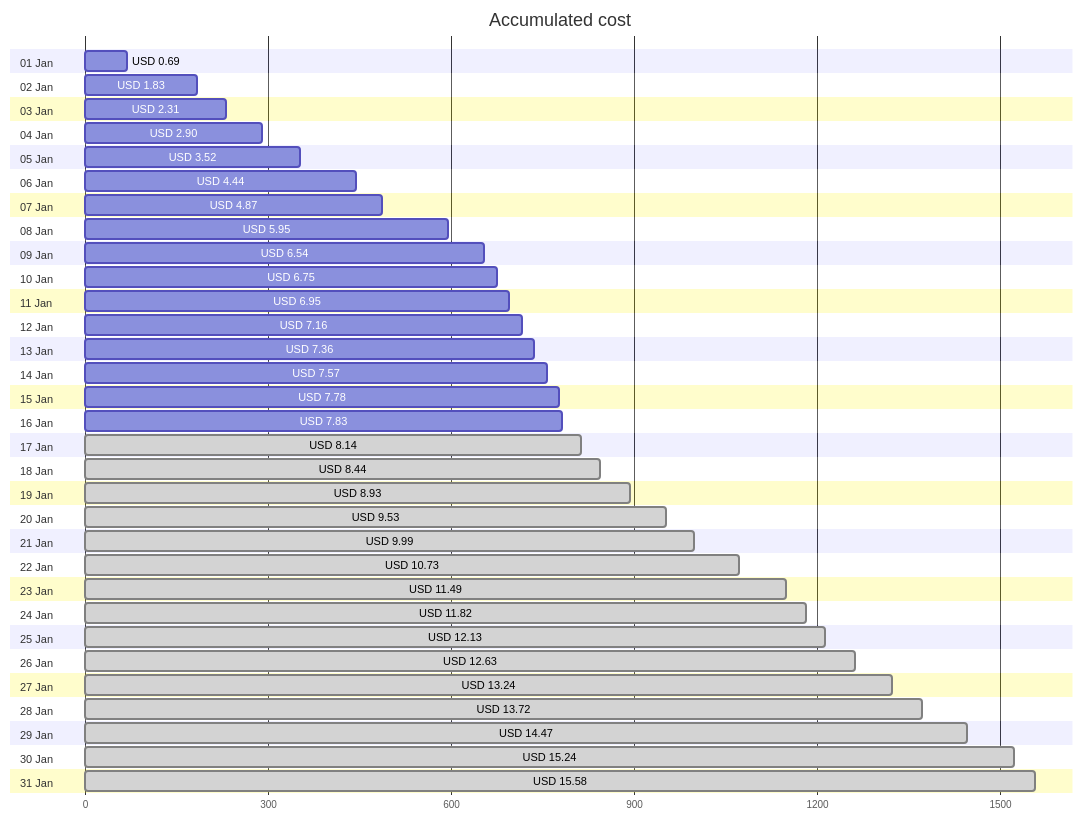
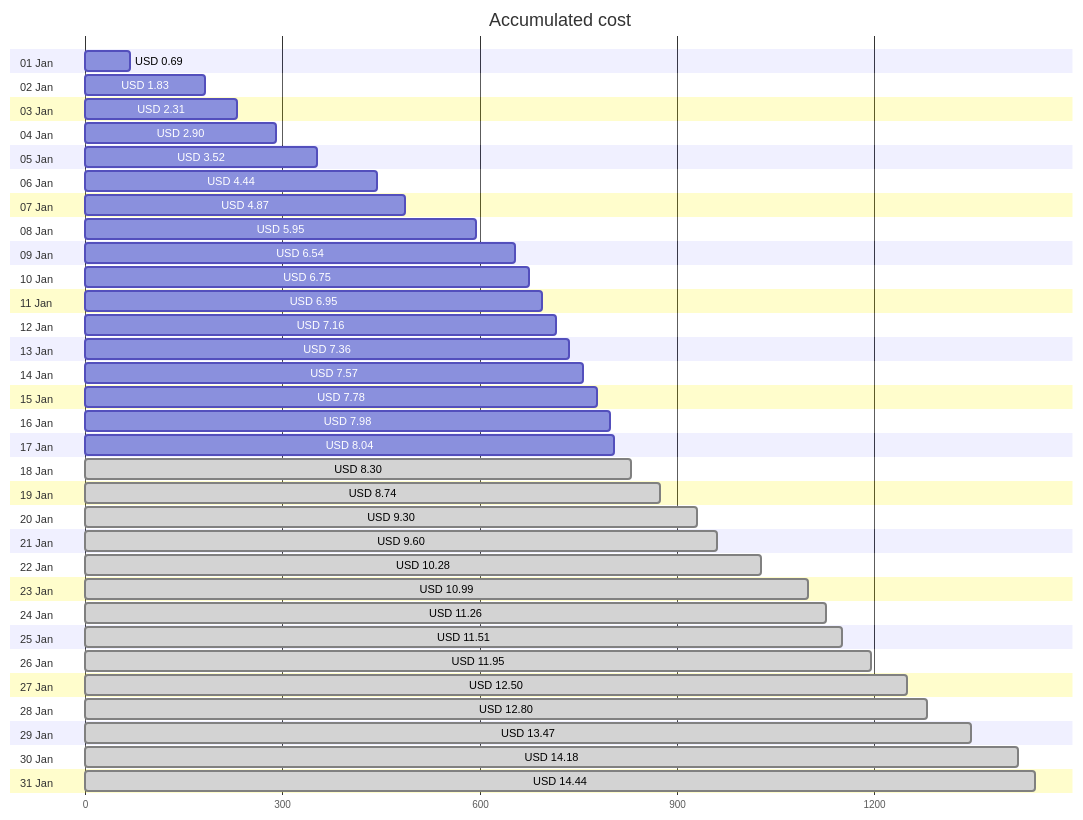
Before and after one commit to jpfulton/azure-personal-reports: the first of 4 diagrams in cost-reports/personal-network/vpn-server.md, drawn with Mermaid. The commit also changed other lines of this file and 8 other files, not shown here.

````diff
--- a/cost-reports/personal-network/vpn-server.md
+++ b/cost-reports/personal-network/vpn-server.md
@@ -20,68 +20,68 @@
 ```mermaid
 gantt
    title Accumulated cost
    dateFormat  X
    axisFormat %s
    section 01 Jan
    USD 0.69 :0, 69
    section 02 Jan
    USD 1.83 :0, 183
    section 03 Jan
    USD 2.31 :0, 231
    section 04 Jan
    USD 2.90 :0, 290
    section 05 Jan
    USD 3.52 :0, 352
    section 06 Jan
    USD 4.44 :0, 444
    section 07 Jan
    USD 4.87 :0, 487
    section 08 Jan
    USD 5.95 :0, 595
    section 09 Jan
    USD 6.54 :0, 654
    section 10 Jan
    USD 6.75 :0, 675
    section 11 Jan
    USD 6.95 :0, 695
    section 12 Jan
    USD 7.16 :0, 716
    section 13 Jan
    USD 7.36 :0, 736
    section 14 Jan
    USD 7.57 :0, 757
    section 15 Jan
    USD 7.78 :0, 778
    section 16 Jan
-   USD 7.83 :0, 783
+   USD 7.98 :0, 798
    section 17 Jan
-   USD 8.14 : done, 0, 814
+   USD 8.04 :0, 804
    section 18 Jan
-   USD 8.44 : done, 0, 844
+   USD 8.30 : done, 0, 830
    section 19 Jan
-   USD 8.93 : done, 0, 893
+   USD 8.74 : done, 0, 874
    section 20 Jan
-   USD 9.53 : done, 0, 953
+   USD 9.30 : done, 0, 930
    section 21 Jan
-   USD 9.99 : done, 0, 999
+   USD 9.60 : done, 0, 960
    section 22 Jan
-   USD 10.73 : done, 0, 1073
+   USD 10.28 : done, 0, 1028
    section 23 Jan
-   USD 11.49 : done, 0, 1149
+   USD 10.99 : done, 0, 1099
    section 24 Jan
-   USD 11.82 : done, 0, 1182
+   USD 11.26 : done, 0, 1126
    section 25 Jan
-   USD 12.13 : done, 0, 1213
+   USD 11.51 : done, 0, 1151
    section 26 Jan
-   USD 12.63 : done, 0, 1263
+   USD 11.95 : done, 0, 1195
    section 27 Jan
-   USD 13.24 : done, 0, 1324
+   USD 12.50 : done, 0, 1250
    section 28 Jan
-   USD 13.72 : done, 0, 1372
+   USD 12.80 : done, 0, 1280
    section 29 Jan
-   USD 14.47 : done, 0, 1447
+   USD 13.47 : done, 0, 1347
    section 30 Jan
-   USD 15.24 : done, 0, 1524
+   USD 14.18 : done, 0, 1418
    section 31 Jan
-   USD 15.58 : done, 0, 1558
+   USD 14.44 : done, 0, 1444
 ```
````
